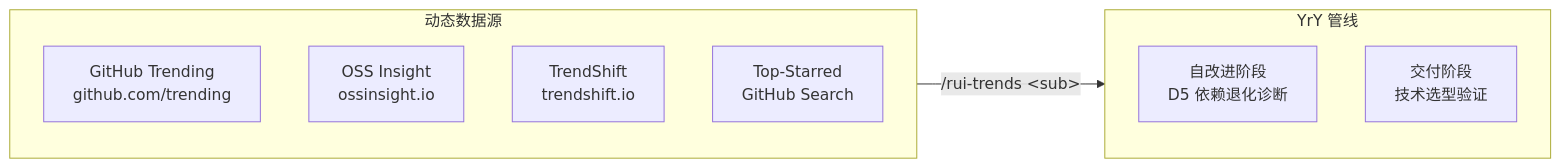
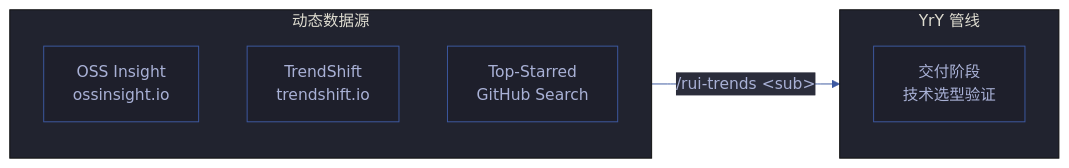
One commit to effiy/YrY changed the first of 4 diagrams in skills/rui-trends/SKILL.md. Above: the diagram before and after it, drawn with Mermaid. The commit also changed other lines of this file and 42 other files, not shown here.

First line of the commit message:
feat: apply Mermaid authoring rules (M1-M12) across entire codebase

````diff
--- a/skills/rui-trends/SKILL.md
+++ b/skills/rui-trends/SKILL.md
@@ -21,17 +21,26 @@
 ```mermaid
+%%{init: {'theme': 'base', 'themeVariables': {
+  'primaryColor': '#1e1f2b',
+  'primaryTextColor': '#a9b1d6',
+  'primaryBorderColor': '#3d59a1',
+  'lineColor': '#3d59a1',
+  'secondaryColor': '#2b2d3b',
+  'tertiaryColor': '#21232f'
+}}}%%
 flowchart LR
     subgraph 数据源["动态数据源"]
-        GT["GitHub Trending<br/>github.com/trending"]:::src
+        direction TB
         OI["OSS Insight<br/>ossinsight.io"]:::src
         TS["TrendShift<br/>trendshift.io"]:::src
         TSR["Top-Starred<br/>GitHub Search"]:::src
     end
 
     subgraph 管线["YrY 管线"]
-        SELF["自改进阶段<br/>D5 依赖退化诊断"]:::phase
+        direction TB
         DELIVERY["交付阶段<br/>技术选型验证"]:::phase
     end
 
     数据源 -->|"/rui-trends &lt;sub&gt;"| 管线
 
+
 ```
````
